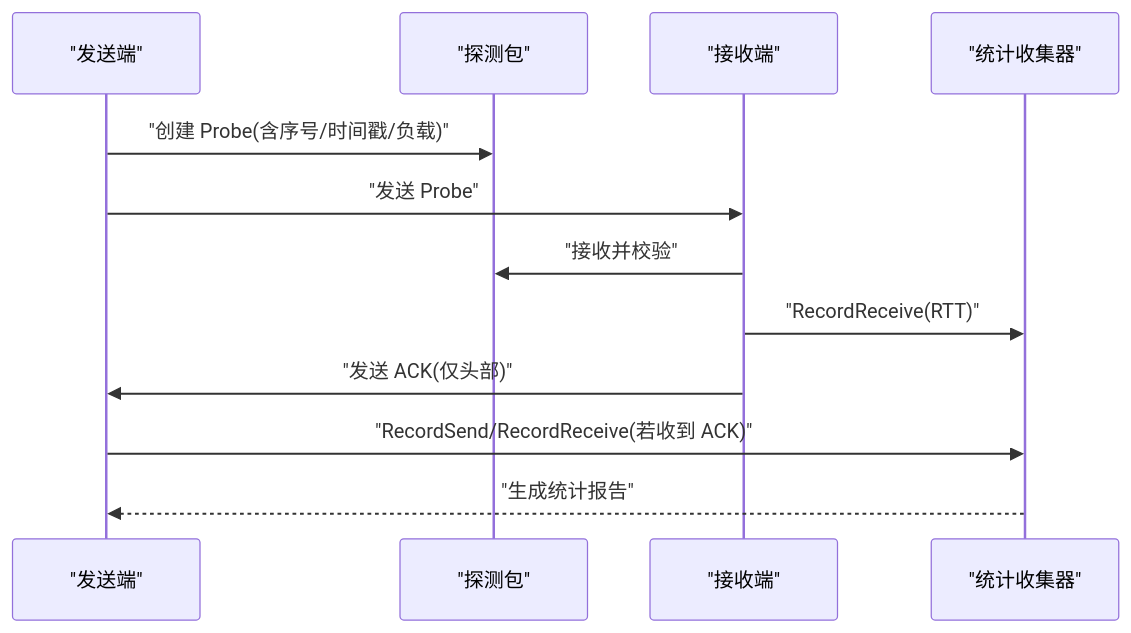
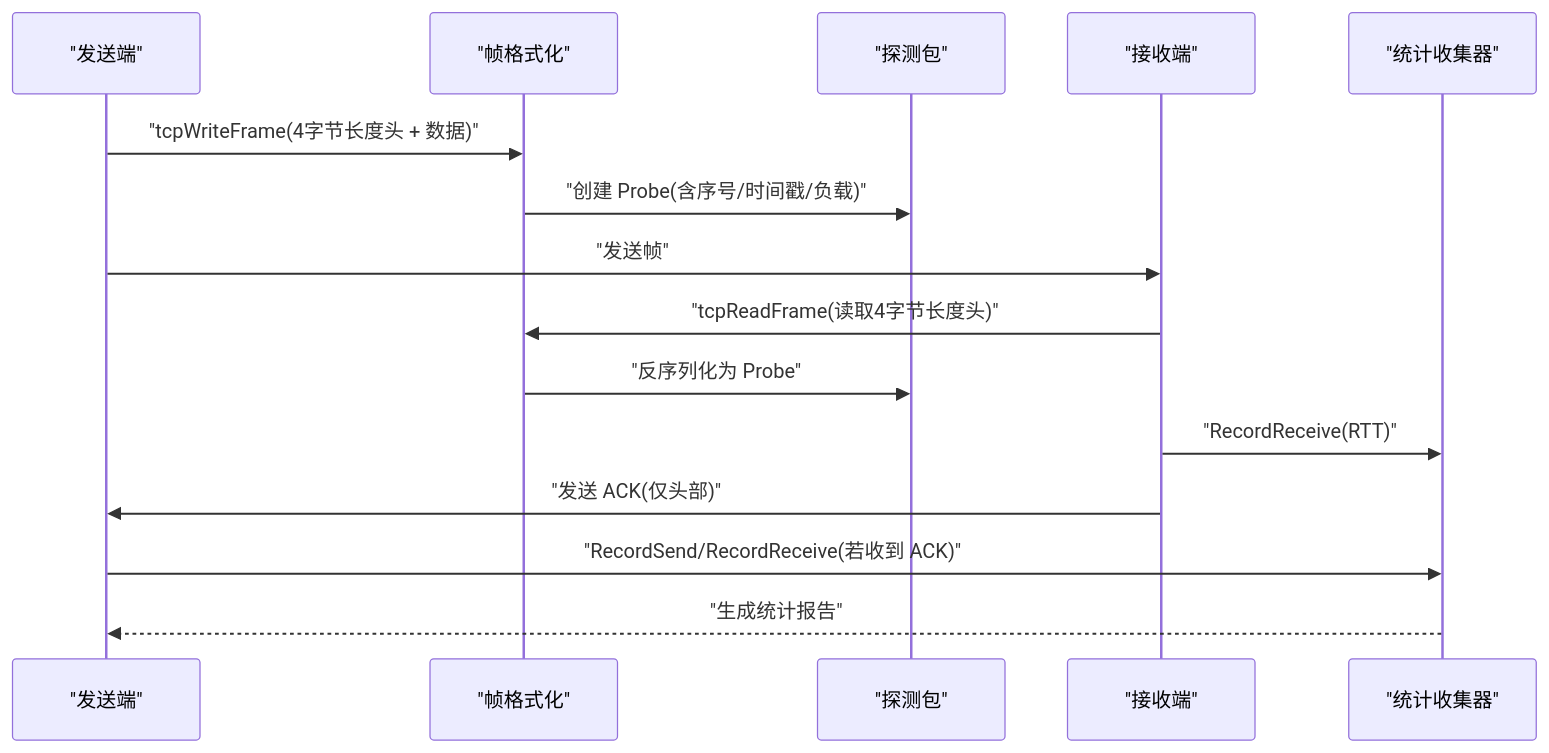
One commit to yanzhen74/ping-x changed the fifth of 8 diagrams in .qoder/repowiki/zh/content/网络协议支持/TCP 协议测试.md. Above: the diagram before and after it, drawn with Mermaid. The commit also changed other lines of this file and 16 other files, not shown here.

````diff
--- a/.qoder/repowiki/zh/content/网络协议支持/TCP 协议测试.md
+++ b/.qoder/repowiki/zh/content/网络协议支持/TCP 协议测试.md
@@ -247,14 +276,17 @@
 ```mermaid
 sequenceDiagram
 participant S as "发送端"
+participant F as "帧格式化"
 participant P as "探测包"
 participant R as "接收端"
 participant C as "统计收集器"
-S->>P : "创建 Probe(含序号/时间戳/负载)"
-S->>R : "发送 Probe"
-R->>P : "接收并校验"
+S->>F : "tcpWriteFrame(4字节长度头 + 数据)"
+F->>P : "创建 Probe(含序号/时间戳/负载)"
+S->>R : "发送帧"
+R->>F : "tcpReadFrame(读取4字节长度头)"
+F->>P : "反序列化为 Probe"
 R->>C : "RecordReceive(RTT)"
 R->>S : "发送 ACK(仅头部)"
 S->>C : "RecordSend/RecordReceive(若收到 ACK)"
 C-->>S : "生成统计报告"
 ```
````
